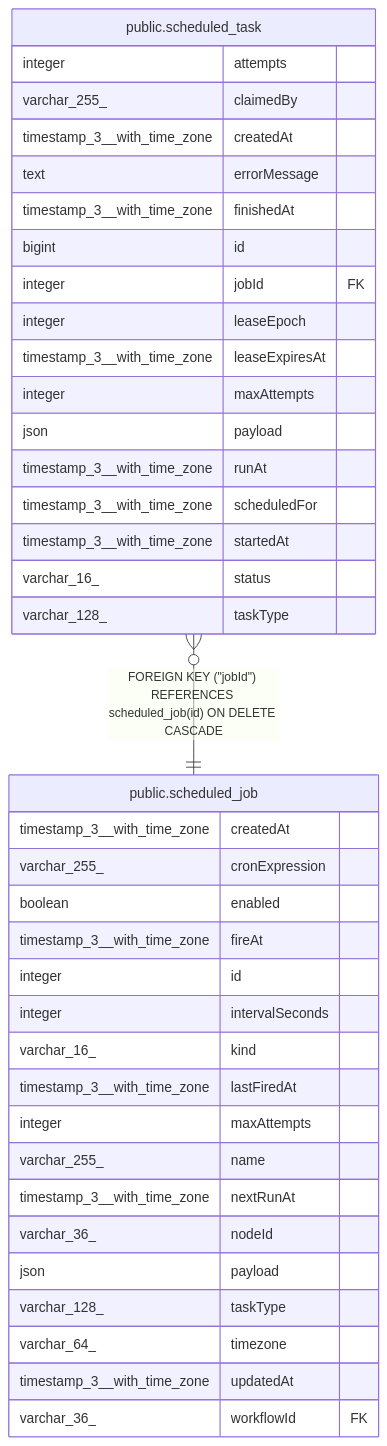
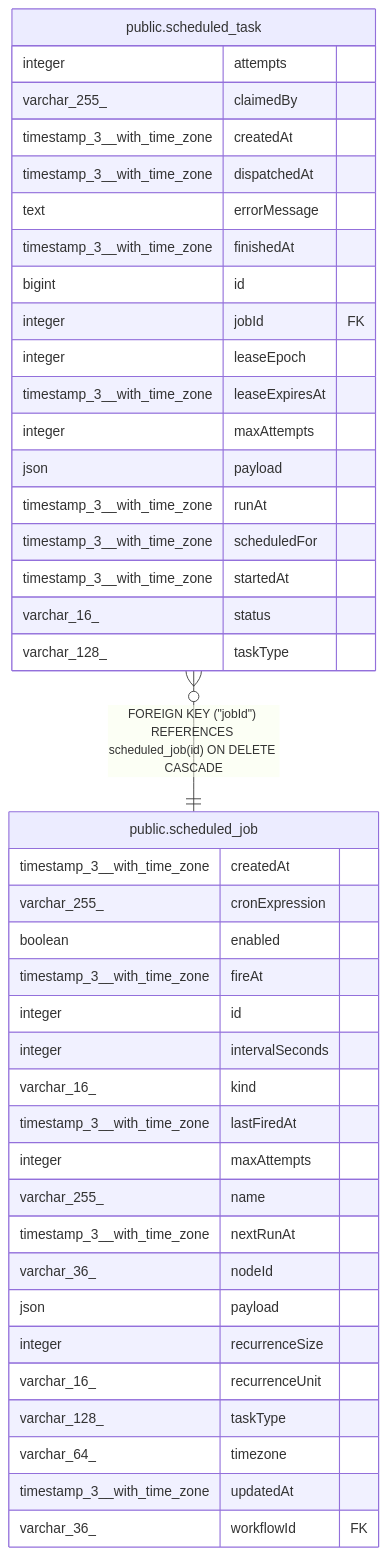
Before and after one commit to koreatest12/studys: the diagram in n8n_integration/n8n_source/docs/generated/postgres-schema/public.scheduled_task.md, drawn with Mermaid. The commit also changed other lines of this file and 2956 other files, not shown here.

````diff
--- a/n8n_integration/n8n_source/docs/generated/postgres-schema/public.scheduled_task.md
+++ b/n8n_integration/n8n_source/docs/generated/postgres-schema/public.scheduled_task.md
@@ -56,43 +57,46 @@
 ```mermaid
 erDiagram
 
 "public.scheduled_task" }o--|| "public.scheduled_job" : "FOREIGN KEY (#quot;jobId#quot;) REFERENCES scheduled_job(id) ON DELETE CASCADE"
 
 "public.scheduled_task" {
   integer attempts
   varchar_255_ claimedBy
   timestamp_3__with_time_zone createdAt
+  timestamp_3__with_time_zone dispatchedAt
   text errorMessage
   timestamp_3__with_time_zone finishedAt
   bigint id
   integer jobId FK
   integer leaseEpoch
   timestamp_3__with_time_zone leaseExpiresAt
   integer maxAttempts
   json payload
   timestamp_3__with_time_zone runAt
   timestamp_3__with_time_zone scheduledFor
   timestamp_3__with_time_zone startedAt
   varchar_16_ status
   varchar_128_ taskType
 }
 "public.scheduled_job" {
   timestamp_3__with_time_zone createdAt
   varchar_255_ cronExpression
   boolean enabled
   timestamp_3__with_time_zone fireAt
   integer id
   integer intervalSeconds
   varchar_16_ kind
   timestamp_3__with_time_zone lastFiredAt
   integer maxAttempts
   varchar_255_ name
   timestamp_3__with_time_zone nextRunAt
   varchar_36_ nodeId
   json payload
+  integer recurrenceSize
+  varchar_16_ recurrenceUnit
   varchar_128_ taskType
   varchar_64_ timezone
   timestamp_3__with_time_zone updatedAt
   varchar_36_ workflowId FK
 }
 ```
````
